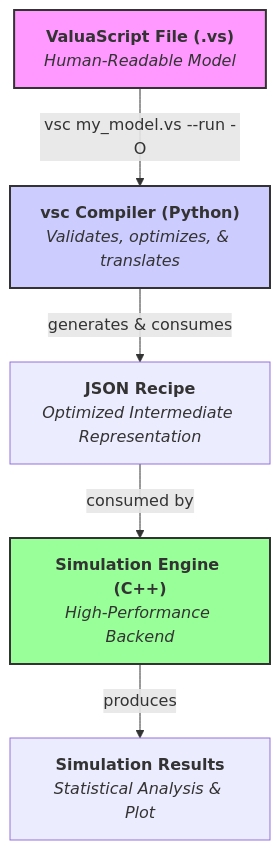
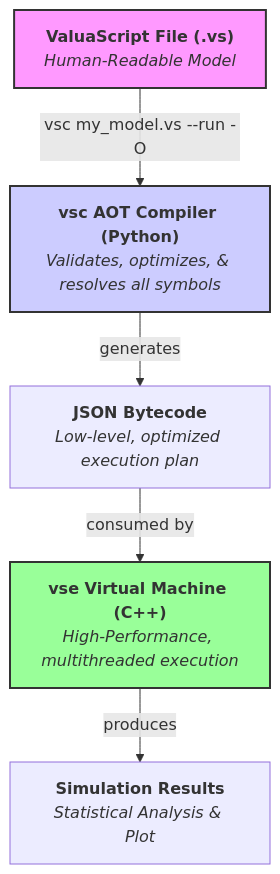
The first of 2 diagrams in README.md (Alessio2704/monte-carlo-simulator), drawn with Mermaid before and after one commit. The commit also changed other lines of this file, not shown here.

````diff
--- a/README.md
+++ b/README.md
@@ -41,11 +45,11 @@
 ```mermaid
 graph TD;
-    A["<b>ValuaScript File (.vs)</b><br/><i>Human-Readable Model</i>"] -- "vsc my_model.vs --run -O" --> B["<b>vsc Compiler (Python)</b><br/><i>Validates, optimizes, & translates</i>"];
-    B -- generates & consumes --> C["<b>JSON Recipe</b><br/><i>Optimized Intermediate Representation</i>"];
-    C -- consumed by --> D["<b>Simulation Engine (C++)</b><br/><i>High-Performance Backend</i>"];
+    A["<b>ValuaScript File (.vs)</b><br/><i>Human-Readable Model</i>"] -- "vsc my_model.vs --run -O" --> B["<b>vsc AOT Compiler (Python)</b><br/><i>Validates, optimizes, & resolves all symbols</i>"];
+    B -- generates --> C["<b>JSON Bytecode</b><br/><i>Low-level, optimized execution plan</i>"];
+    C -- consumed by --> D["<b>vse Virtual Machine (C++)</b><br/><i>High-Performance, multithreaded execution</i>"];
     D -- produces --> E["<b>Simulation Results</b><br/><i>Statistical Analysis & Plot</i>"];
 
     style A fill:#f9f,stroke:#333,stroke-width:2px
     style B fill:#ccf,stroke:#333,stroke-width:2px
     style D fill:#9f9,stroke:#333,stroke-width:2px
 ```
````
